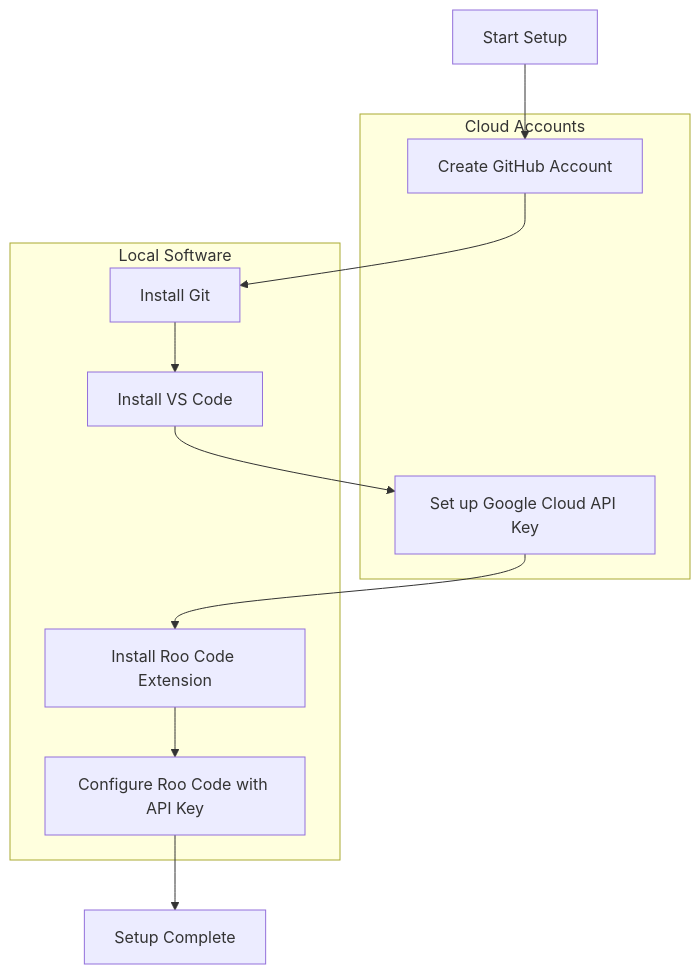
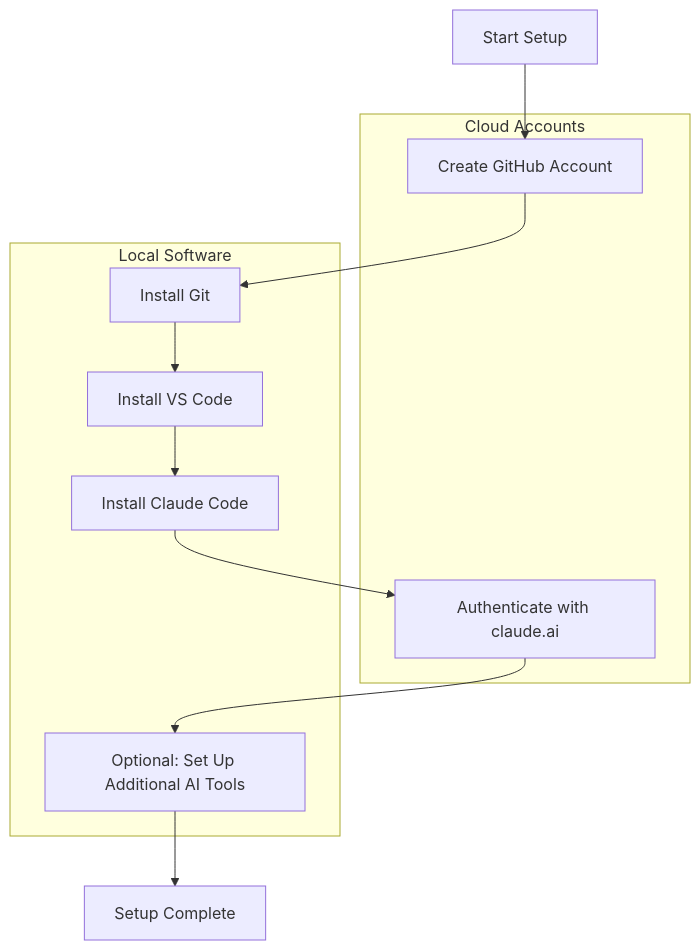
The diagram in public/data/workshops/workshop-00-infra/02_setup_overview.md (DreamLab-AI/dreamlab-ai-website), drawn with Mermaid before and after one commit. The commit also changed other lines of this file and 111 other files, not shown here.

First line of the commit message:
feat(workshops): comprehensive 2026 update + Docker & Claude Code deep dives

````diff
--- a/public/data/workshops/workshop-00-infra/02_setup_overview.md
+++ b/public/data/workshops/workshop-00-infra/02_setup_overview.md
@@ -21,22 +21,22 @@
 ```mermaid
 graph TD
     A[Start Setup] --> B[Create GitHub Account]
     B --> C[Install Git]
     C --> D[Install VS Code]
-    D --> E[Set up Google Cloud API Key]
-    E --> F[Install Roo Code Extension]
-    F --> G[Configure Roo Code with API Key]
+    D --> E[Install Claude Code]
+    E --> F[Authenticate with claude.ai]
+    F --> G[Optional: Set Up Additional AI Tools]
     G --> H[Setup Complete]
 
     subgraph Cloud Accounts
         B
-        E
+        F
     end
 
     subgraph Local Software
         C
         D
-        F
+        E
         G
     end
 ```
````
